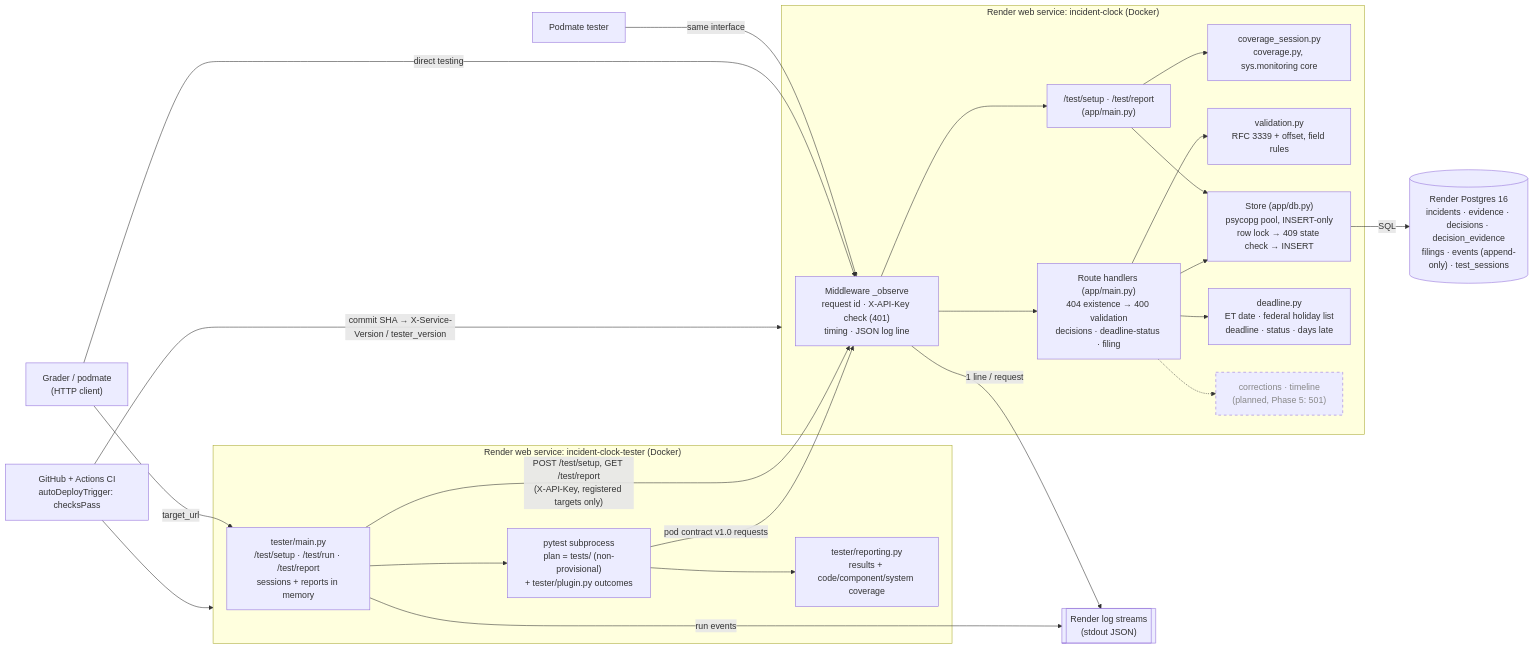
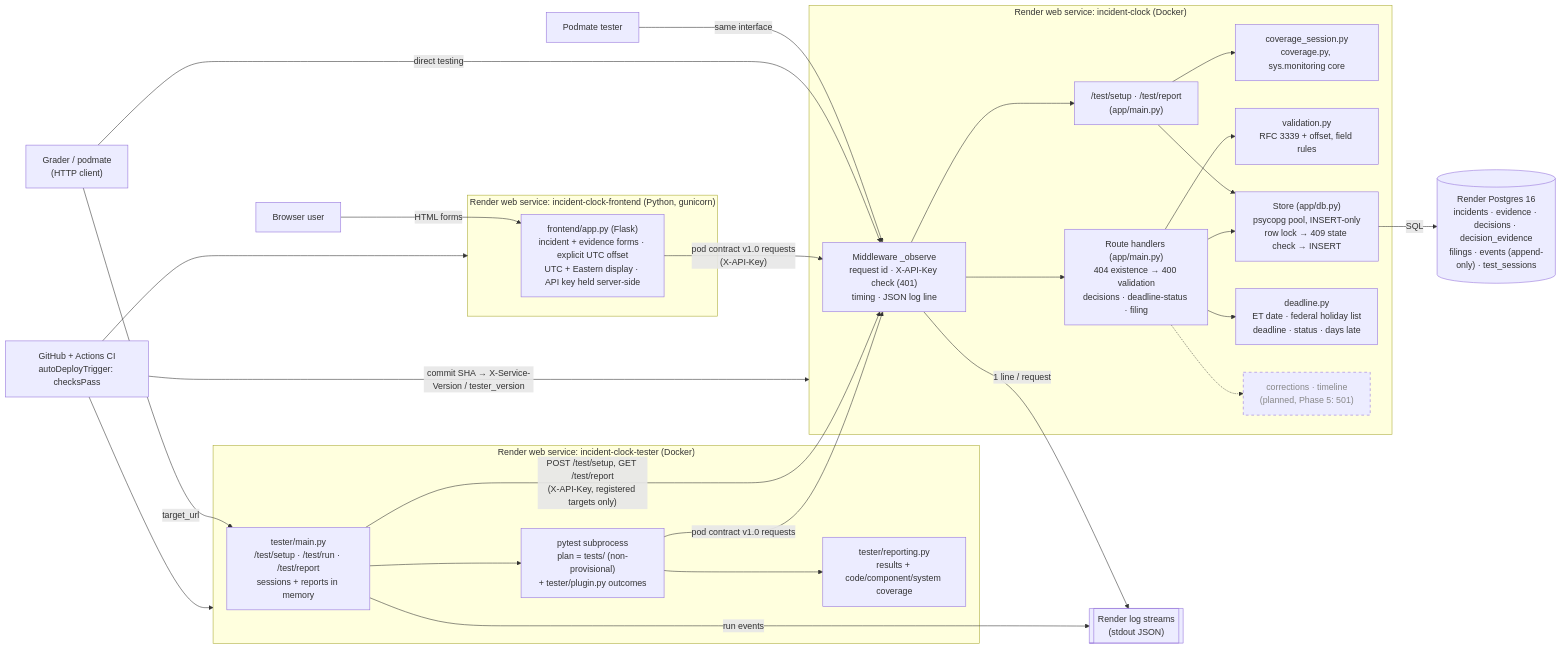
One commit to saachikayadav/incident-clock changed the first of 6 diagrams in docs/models.md. Above: the diagram before and after it, drawn with Mermaid. The commit also changed other lines of this file and 4 other files, not shown here.

Commit message:
Deploy frontend on Render; update Phase 4 docs (deployed version, CI, DB recreation, frontend)

````diff
--- a/docs/models.md
+++ b/docs/models.md
@@ -22,50 +22,58 @@
 ```mermaid
 flowchart LR
   G["Grader / podmate<br/>(HTTP client)"]
   PT["Podmate tester"]
+  U["Browser user"]
+
+  subgraph FE["Render web service: incident-clock-frontend (Python, gunicorn)"]
+    FA["frontend/app.py (Flask)<br/>incident + evidence forms · explicit UTC offset<br/>UTC + Eastern display · API key held server-side"]
+  end
 
   subgraph TS["Render web service: incident-clock-tester (Docker)"]
     TA["tester/main.py<br/>/test/setup · /test/run · /test/report<br/>sessions + reports in memory"]
     TP["pytest subprocess<br/>plan = tests/ (non-provisional)<br/>+ tester/plugin.py outcomes"]
     TR["tester/reporting.py<br/>results + code/component/system coverage"]
   end
 
   subgraph SYS["Render web service: incident-clock (Docker)"]
     MW["Middleware _observe<br/>request id · X-API-Key check (401)<br/>timing · JSON log line"]
     H["Route handlers (app/main.py)<br/>404 existence → 400 validation<br/>decisions · deadline-status · filing"]
     TI["/test/setup · /test/report<br/>(app/main.py)"]
     CV["coverage_session.py<br/>coverage.py, sys.monitoring core"]
     V["validation.py<br/>RFC 3339 + offset, field rules"]
     S["Store (app/db.py)<br/>psycopg pool, INSERT-only<br/>row lock → 409 state check → INSERT"]
     D["deadline.py<br/>ET date · federal holiday list<br/>deadline · status · days late"]
     C["corrections · timeline<br/>(planned, Phase 5: 501)"]
   end
 
   DB[("Render Postgres 16<br/>incidents · evidence · decisions · decision_evidence<br/>filings · events (append-only) · test_sessions")]
   LOG[["Render log streams<br/>(stdout JSON)"]]
   GH["GitHub + Actions CI<br/>autoDeployTrigger: checksPass"]
 
   G -- "target_url" --> TA
   TA --> TP
   TP --> TR
   TA -- "POST /test/setup, GET /test/report<br/>(X-API-Key, registered targets only)" --> MW
   TP -- "pod contract v1.0 requests" --> MW
   PT -- "same interface" --> MW
   G -- "direct testing" --> MW
+  U -- "HTML forms" --> FA
+  FA -- "pod contract v1.0 requests<br/>(X-API-Key)" --> MW
   MW --> H
   MW --> TI
   TI --> CV
   TI --> S
   H --> V
   H --> S
   S -- "SQL" --> DB
   MW -- "1 line / request" --> LOG
   TA -- "run events" --> LOG
   GH -- "commit SHA → X-Service-Version / tester_version" --> SYS
   GH --> TS
+  GH --> FE
   H --> D
   H -.-> C
 
   classDef planned stroke-dasharray: 5 5,color:#888;
   class C planned;
 ```
````
